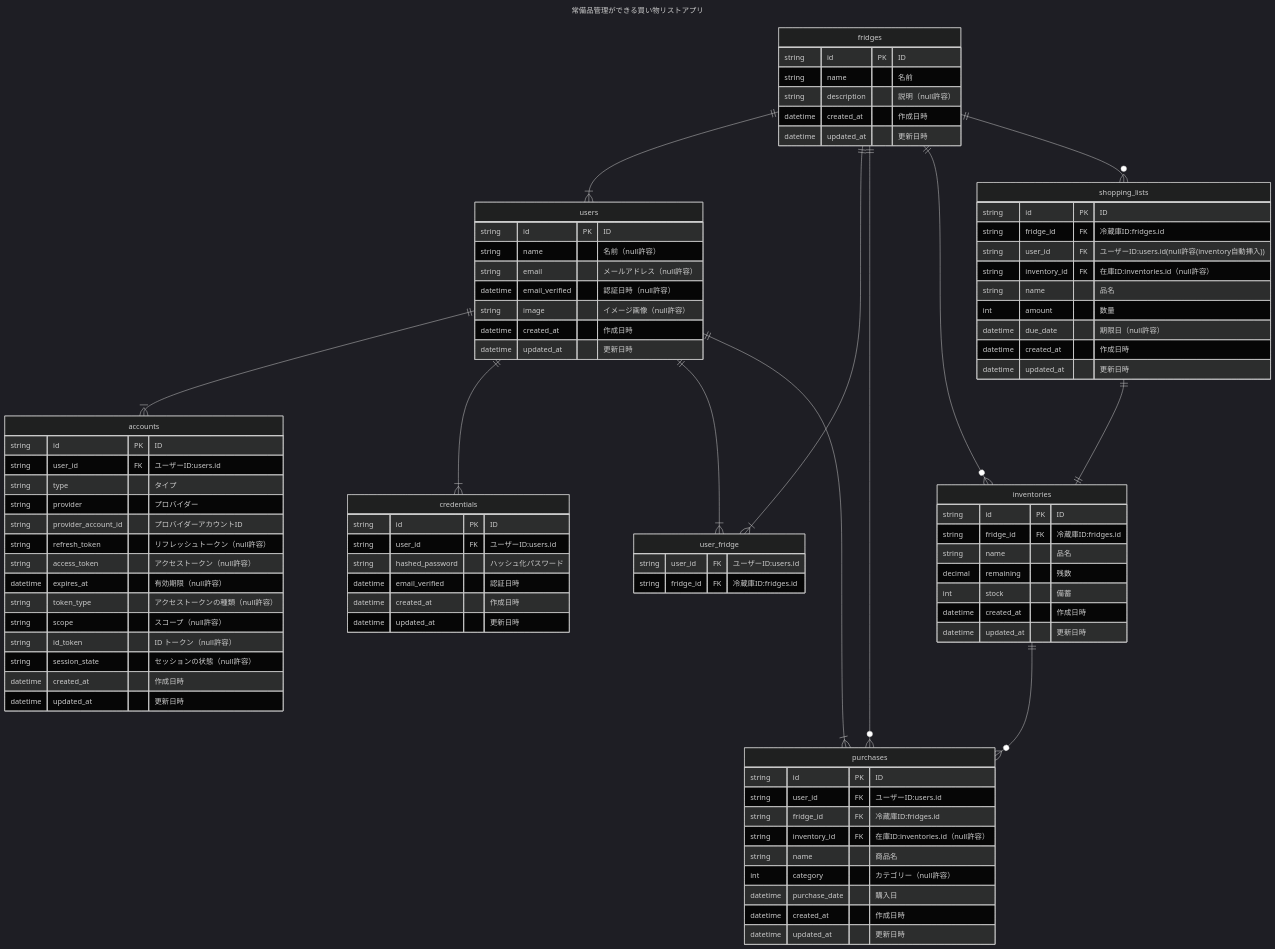
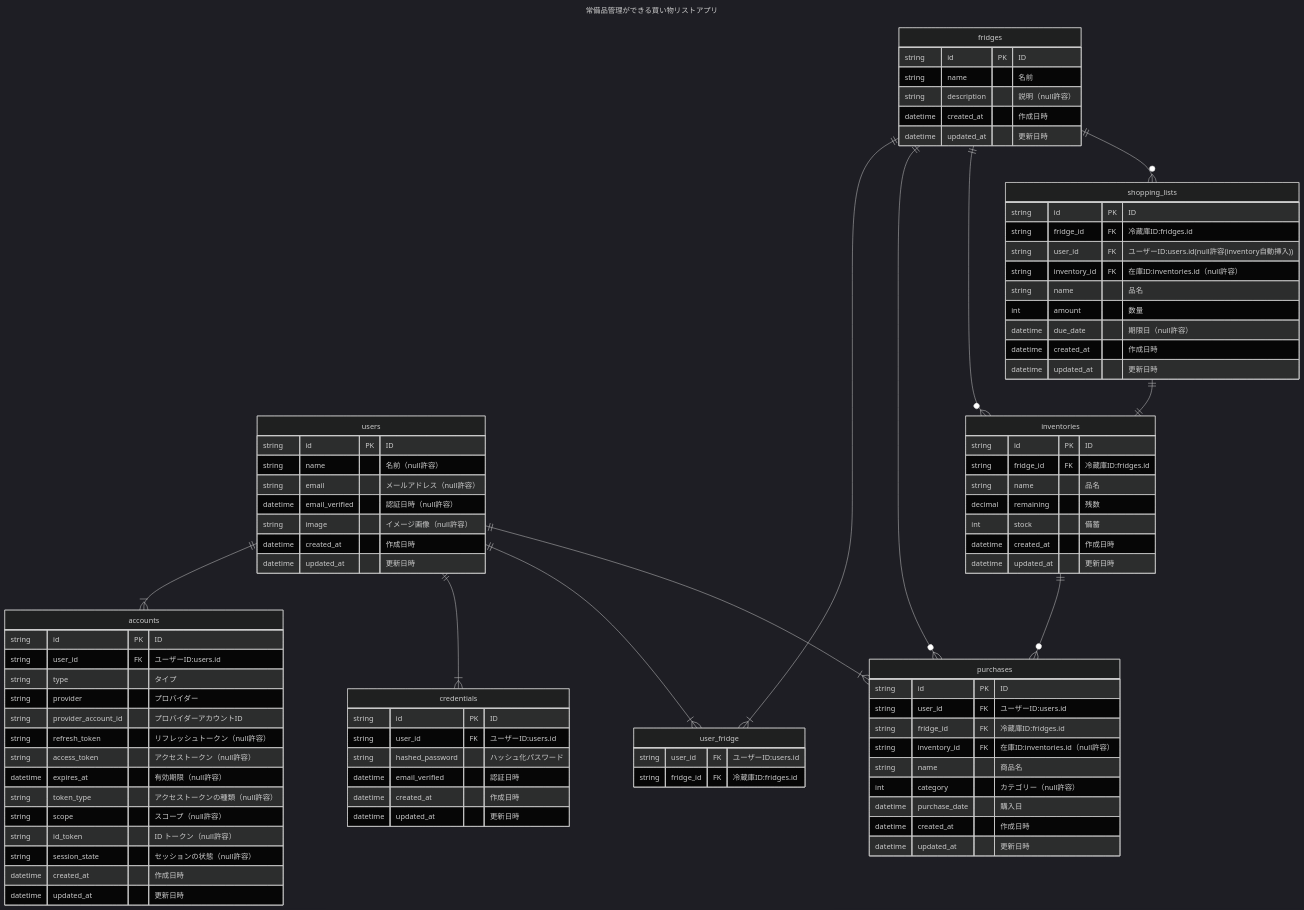
Before and after one commit to kurutto/fridge-inventory: the diagram in doc/fridge-inventory.md, drawn with Mermaid (dark theme).

Commit message:
fridgesとusersのリレーションを変更

```diff
--- a/doc/fridge-inventory.md
+++ b/doc/fridge-inventory.md
@@ -10,7 +10,6 @@
 
     users ||--|{ accounts : ""
     users ||--|{ credentials : ""
-    fridges ||--|{ users : ""
     users ||--|{ user_fridge : ""
     fridges ||--|{ user_fridge : ""
     inventories ||--o{ purchases : ""
```
